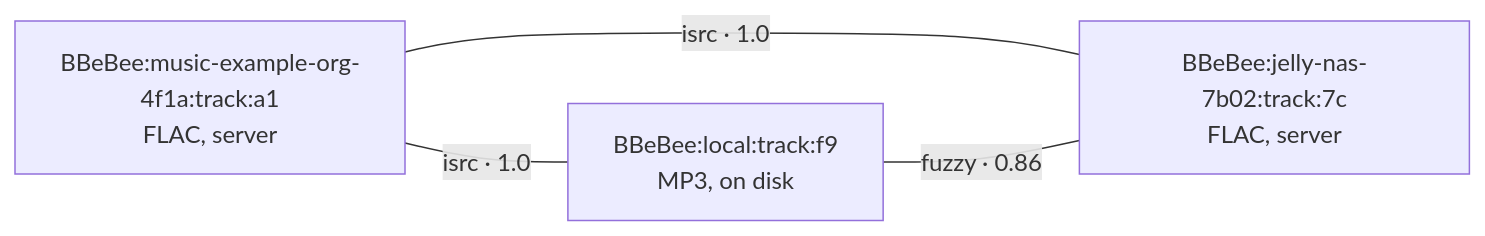
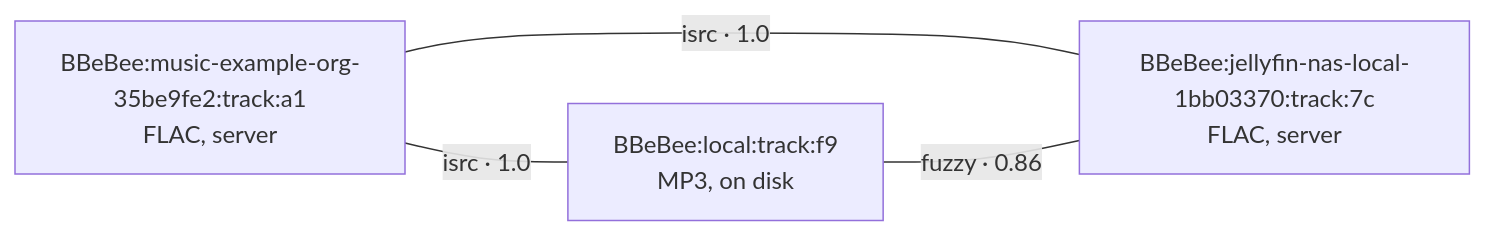
The fourth of 4 diagrams in docs/06-music-sources.md (BBeBeeX/B_Be_Bee_X), drawn with Mermaid before and after one commit. The commit also changed other lines of this file and 33 other files, not shown here.

````diff
--- a/docs/06-music-sources.md
+++ b/docs/06-music-sources.md
@@ -1036,9 +1079,9 @@
 ```mermaid
 flowchart LR
-    A["BBeBee:music-example-org-4f1a:track:a1<br/>FLAC, server"]
+    A["BBeBee:music-example-org-35be9fe2:track:a1<br/>FLAC, server"]
     B["BBeBee:local:track:f9<br/>MP3, on disk"]
-    C["BBeBee:jelly-nas-7b02:track:7c<br/>FLAC, server"]
+    C["BBeBee:jellyfin-nas-local-1bb03370:track:7c<br/>FLAC, server"]
     A ---|"isrc · 1.0"| B
     A ---|"isrc · 1.0"| C
     B ---|"fuzzy · 0.86"| C
 ```
````
